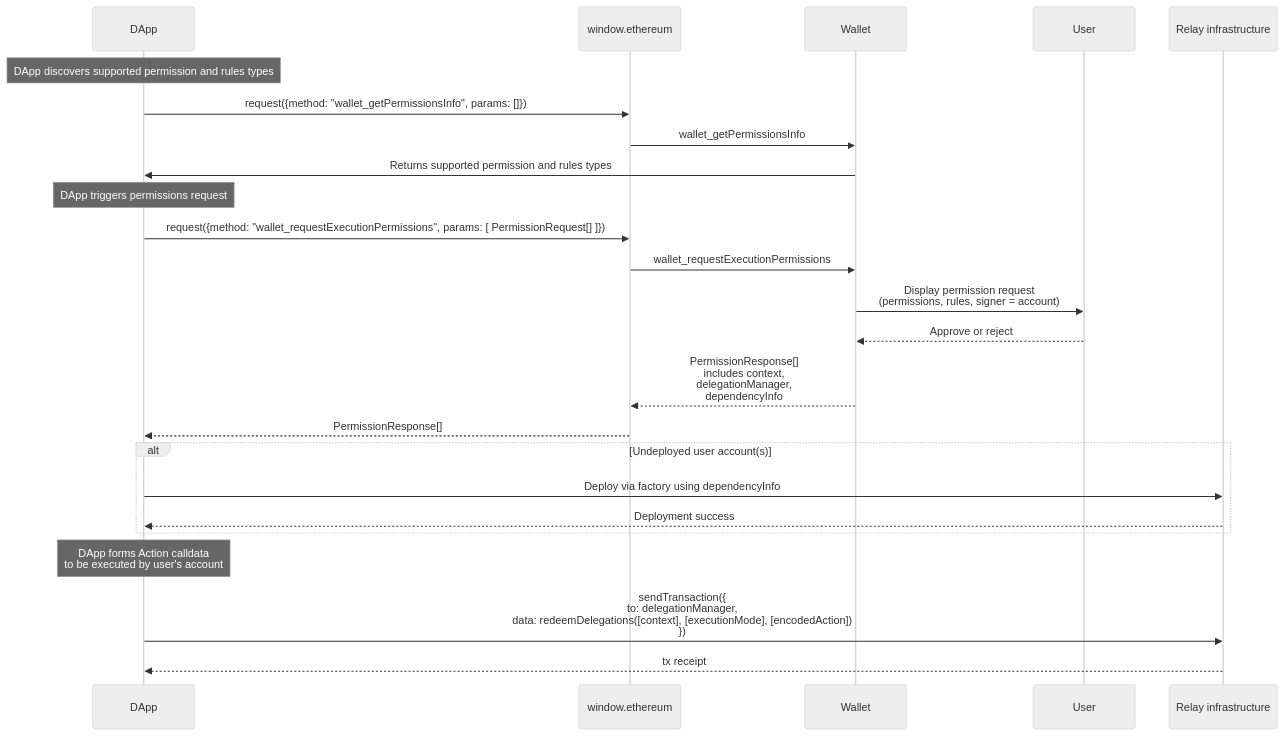
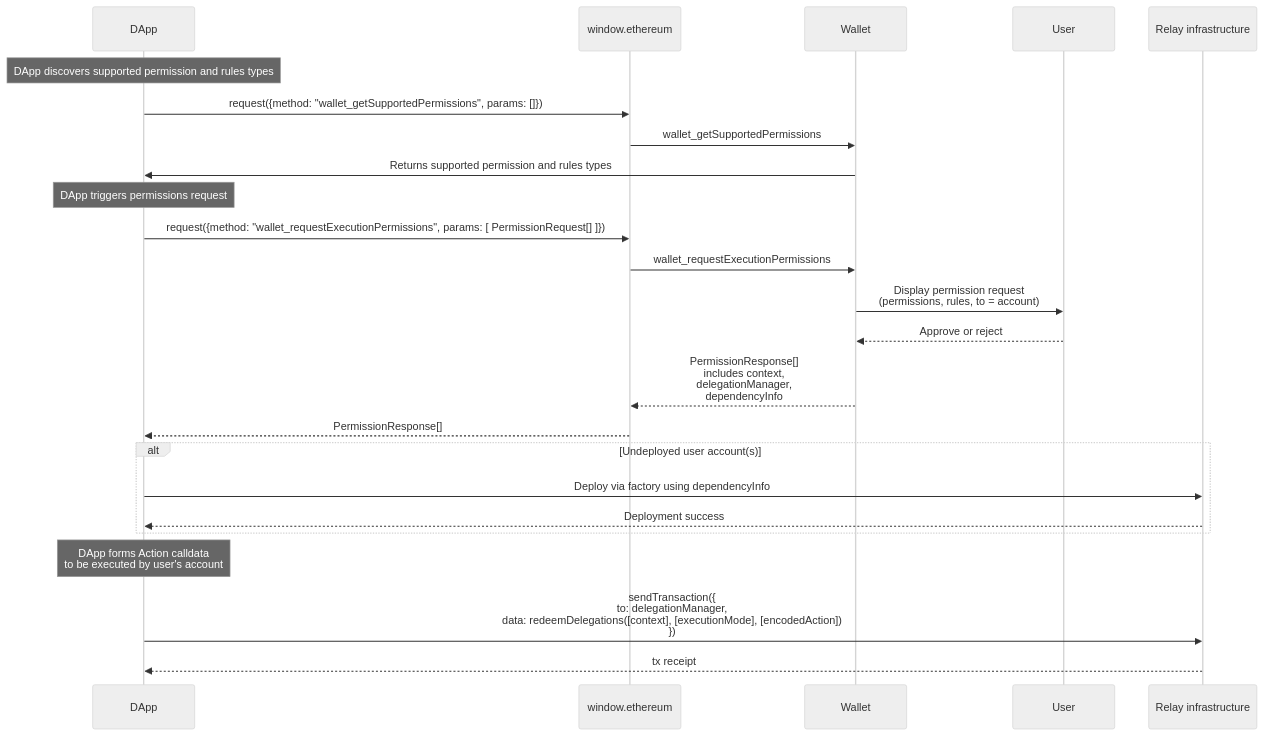
The diagram in ERCS/erc-7715.md (ethereum/ERCs), drawn with Mermaid (neutral theme) before and after one commit. The commit also changed other lines of this file and 1 other file, not shown here.

Commit message:
Update permissions model, rules, added supported/granted rpc methods and drop noble from reference implementation

````diff
--- a/ERCS/erc-7715.md
+++ b/ERCS/erc-7715.md
@@ -437,38 +476,38 @@
 ```mermaid
 sequenceDiagram
   participant DApp
   participant Provider as window.ethereum
   participant Wallet
   participant User
   participant Chain as Relay infrastructure
 
 
   Note over DApp: DApp discovers supported permission and rules types
 
-  DApp->>Provider: request({method: "wallet_getPermissionsInfo", params: []})
-  Provider->>Wallet: wallet_getPermissionsInfo
+  DApp->>Provider: request({method: "wallet_getSupportedPermissions", params: []})
+  Provider->>Wallet: wallet_getSupportedPermissions
 
   Wallet->>DApp: Returns supported permission and rules types
 
   Note over DApp: DApp triggers permissions request
 
   DApp->>Provider: request({method: "wallet_requestExecutionPermissions", params: [ PermissionRequest[] ]})
   Provider->>Wallet: wallet_requestExecutionPermissions
 
-  Wallet->>User: Display permission request<br/> (permissions, rules, signer = account)
+  Wallet->>User: Display permission request<br/> (permissions, rules, to = account)
   User-->>Wallet: Approve or reject
 
   Wallet-->>Provider: PermissionResponse[]<br/>includes context,<br/>delegationManager,<br/>dependencyInfo
   Provider-->>DApp: PermissionResponse[]
 
   alt Undeployed user account(s)
       DApp->>Chain: Deploy via factory using dependencyInfo
       Chain-->>DApp: Deployment success
   end
 
   Note over DApp: DApp forms Action calldata<br/>to be executed by user's account
 
   DApp->>Chain: sendTransaction({<br/> to: delegationManager,<br/> data: redeemDelegations([context], [executionMode], [encodedAction])<br/>})
 
   Chain-->>DApp: tx receipt
 ```
````
